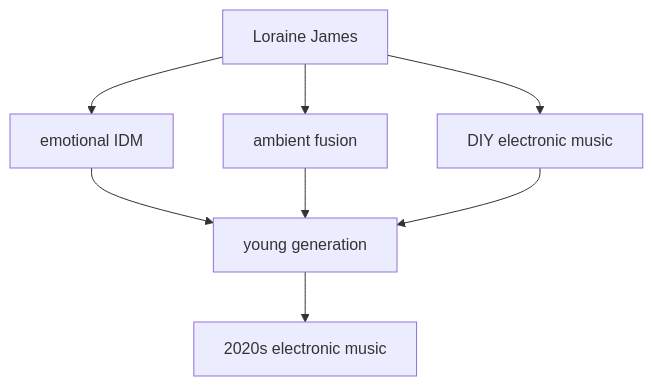
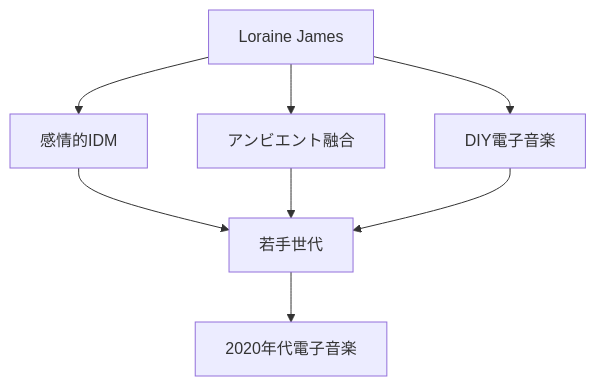
One commit to monumental-movement/monumental-movement.github.io changed the eighth of 11 diagrams in en/_posts/2026-05-24-column-loraine-james.md. Above: the diagram before and after it, drawn with Mermaid. The commit also changed other lines of this file and 2196 other files, not shown here.

```diff
--- a/en/_posts/2026-05-24-column-loraine-james.md
+++ b/en/_posts/2026-05-24-column-loraine-james.md
@@ -298,10 +298,10 @@
 <div class="mermaid">
 graph TD
-A[Loraine James] --> B[emotional IDM]
-A --> C[ambient fusion]
-A --> D[DIY electronic music]
-B --> E[young generation]
+A[Loraine James] --> B[感情的IDM]
+A --> C[アンビエント融合]
+A --> D[DIY電子音楽]
+B --> E[若手世代]
 C --> E
 D --> E
-E --> F[2020s electronic music]
+E --> F[2020年代電子音楽]
 </div>
```
